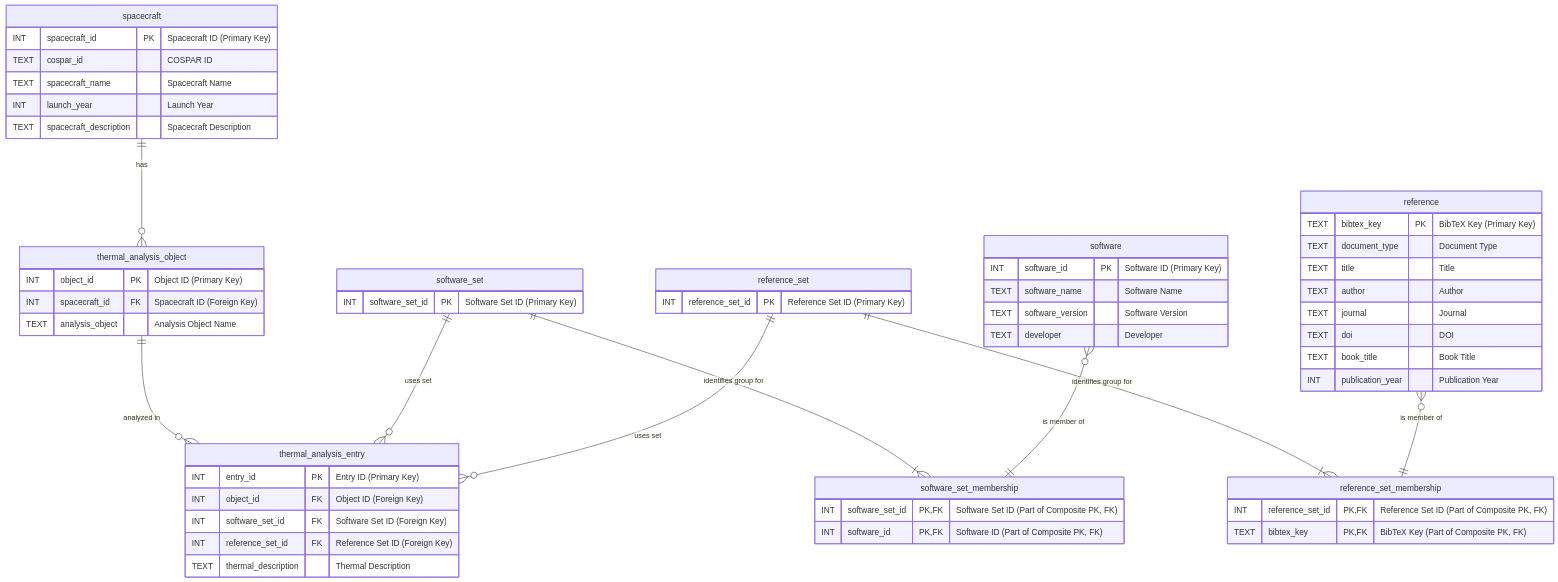
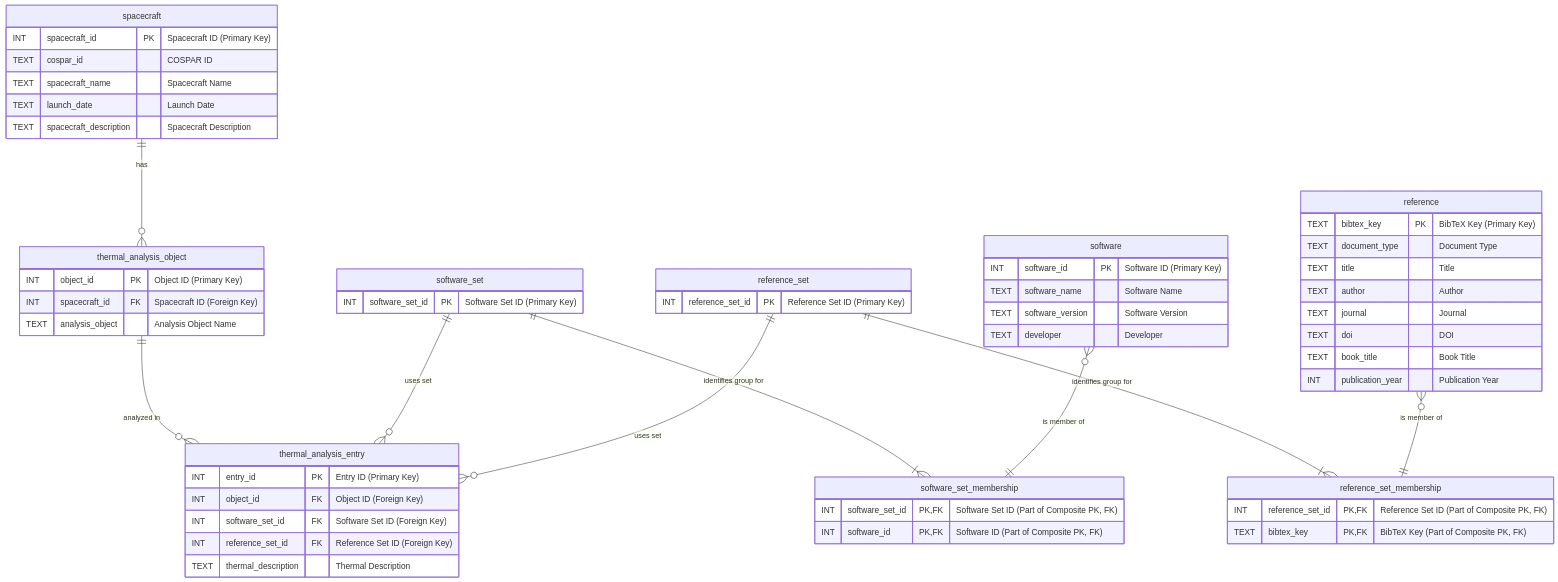
The diagram in database/er_chart.mmd (kanamesasaki/tasindex), drawn with Mermaid before and after one commit. The commit also changed 6 other files, not shown here.

Commit message:
Change INT launch_year to TEXT launch_date

```diff
--- a/database/er_chart.mmd
+++ b/database/er_chart.mmd
@@ -1,75 +1,75 @@
 erDiagram
     %% Entity Definitions
     spacecraft {
         INT spacecraft_id PK "Spacecraft ID (Primary Key)"
         TEXT cospar_id "COSPAR ID"
         TEXT spacecraft_name "Spacecraft Name"
-        INT launch_year "Launch Year"
+        TEXT launch_date "Launch Date"
         TEXT spacecraft_description "Spacecraft Description"
     }
 
     thermal_analysis_object {
         INT object_id PK "Object ID (Primary Key)"
         INT spacecraft_id FK "Spacecraft ID (Foreign Key)"
         TEXT analysis_object "Analysis Object Name"
     }
 
     thermal_analysis_entry {
         INT entry_id PK "Entry ID (Primary Key)"
         INT object_id FK "Object ID (Foreign Key)"
         INT software_set_id FK "Software Set ID (Foreign Key)"
         INT reference_set_id FK "Reference Set ID (Foreign Key)"
         TEXT thermal_description "Thermal Description"
     }
 
     %% --- Software Related ---
     software_set {
         INT software_set_id PK "Software Set ID (Primary Key)"
     }
     %% software_set: This table solely defines the existence of a set
 
     software {
         INT software_id PK "Software ID (Primary Key)"
         TEXT software_name "Software Name"
         TEXT software_version "Software Version"
         TEXT developer "Developer"
     }
 
     software_set_membership {
         INT software_set_id PK, FK "Software Set ID (Part of Composite PK, FK)"
         INT software_id PK, FK "Software ID (Part of Composite PK, FK)"
     }
     %% software_set_membership: This table defines which software belongs to which set
 
     %% --- Reference Related ---
     reference_set {
         INT reference_set_id PK "Reference Set ID (Primary Key)"
     }
     %% reference_set: This table solely defines the existence of a set
 
     reference {
         TEXT bibtex_key PK "BibTeX Key (Primary Key)"
         TEXT document_type "Document Type"
         TEXT title "Title"
         TEXT author "Author"
         TEXT journal "Journal"
         TEXT doi "DOI"
         TEXT book_title "Book Title"
         INT publication_year "Publication Year"
     }
 
     reference_set_membership {
         INT reference_set_id PK, FK "Reference Set ID (Part of Composite PK, FK)"
         TEXT bibtex_key PK, FK "BibTeX Key (Part of Composite PK, FK)"
     }
     %% reference_set_membership: This table defines which reference belongs to which set
 
     %% Relationship Definitions (Crow's Foot Notation)
     spacecraft ||--o{ thermal_analysis_object : "has"
     thermal_analysis_object ||--o{ thermal_analysis_entry : "analyzed in"
     software_set ||--o{ thermal_analysis_entry : "uses set"
     reference_set ||--o{ thermal_analysis_entry : "uses set"
     software_set ||--|{ software_set_membership : "identifies group for"
     software }o--|| software_set_membership : "is member of"
     reference_set ||--|{ reference_set_membership : "identifies group for" 
     reference }o--|| reference_set_membership : "is member of"
```
